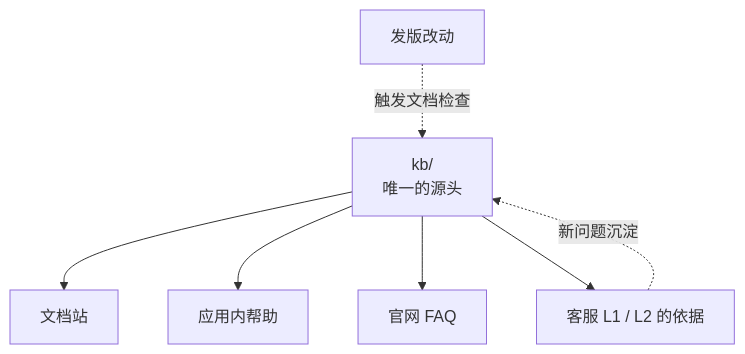
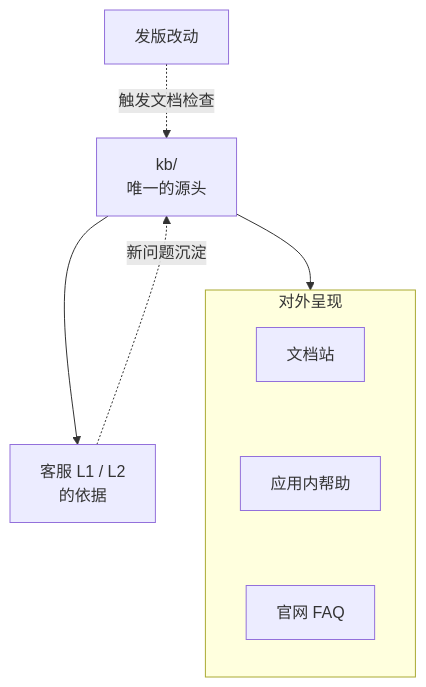
Before and after one commit to jarvis-pro/hatch-shelf: the second of 2 diagrams in books/ai-native-opc/04-operations-content.md, drawn with Mermaid. The commit also changed other lines of this file and 432 other files, not shown here.

````diff
--- a/books/ai-native-opc/04-operations-content.md
+++ b/books/ai-native-opc/04-operations-content.md
@@ -138,9 +138,11 @@
 ```mermaid
 flowchart TB
-  KB["kb/<br/>唯一的源头"] --> DOCS["文档站"]
-  KB --> HELP["应用内帮助"]
-  KB --> FAQ["官网 FAQ"]
-  KB --> CS["客服 L1 / L2 的依据"]
+  KB["kb/<br/>唯一的源头"] --> PUB
+  KB --> CS["客服 L1 / L2<br/>的依据"]
+  subgraph PUB["对外呈现"]
+    direction TB
+    DOCS["文档站"] ~~~ HELP["应用内帮助"] ~~~ FAQ["官网 FAQ"]
+  end
   CS -.->|"新问题沉淀"| KB
   REL["发版改动"] -.->|"触发文档检查"| KB
 ```
````
